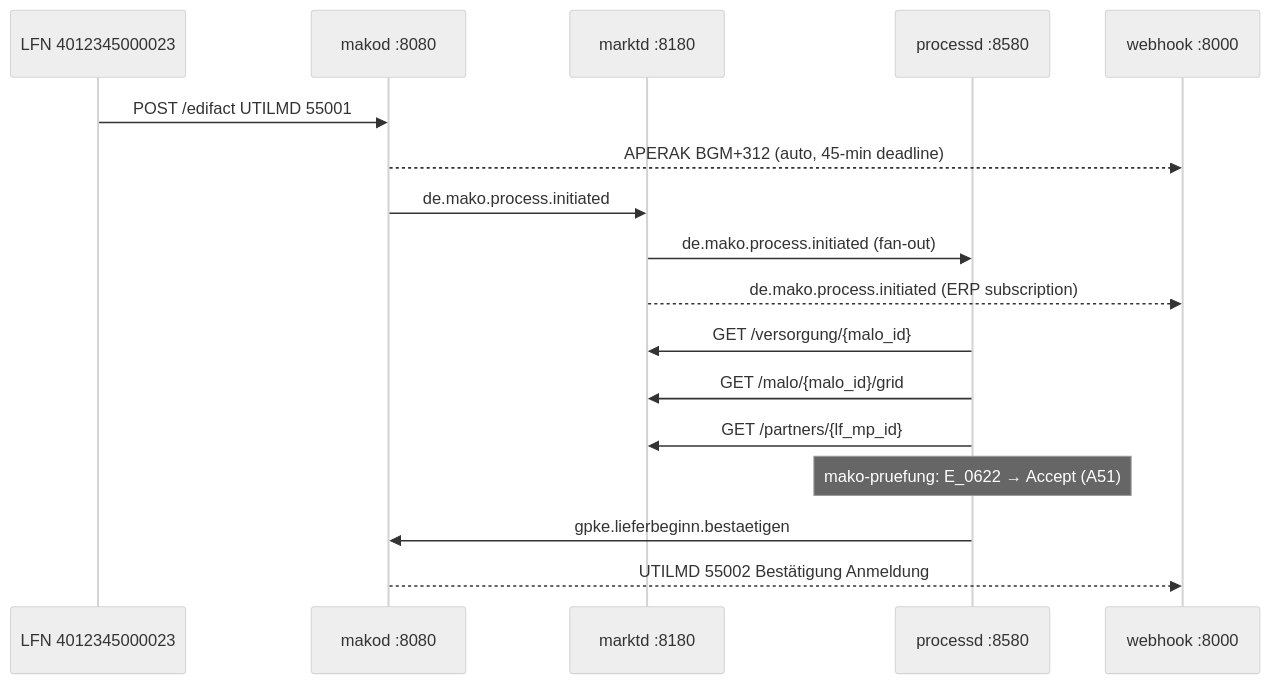
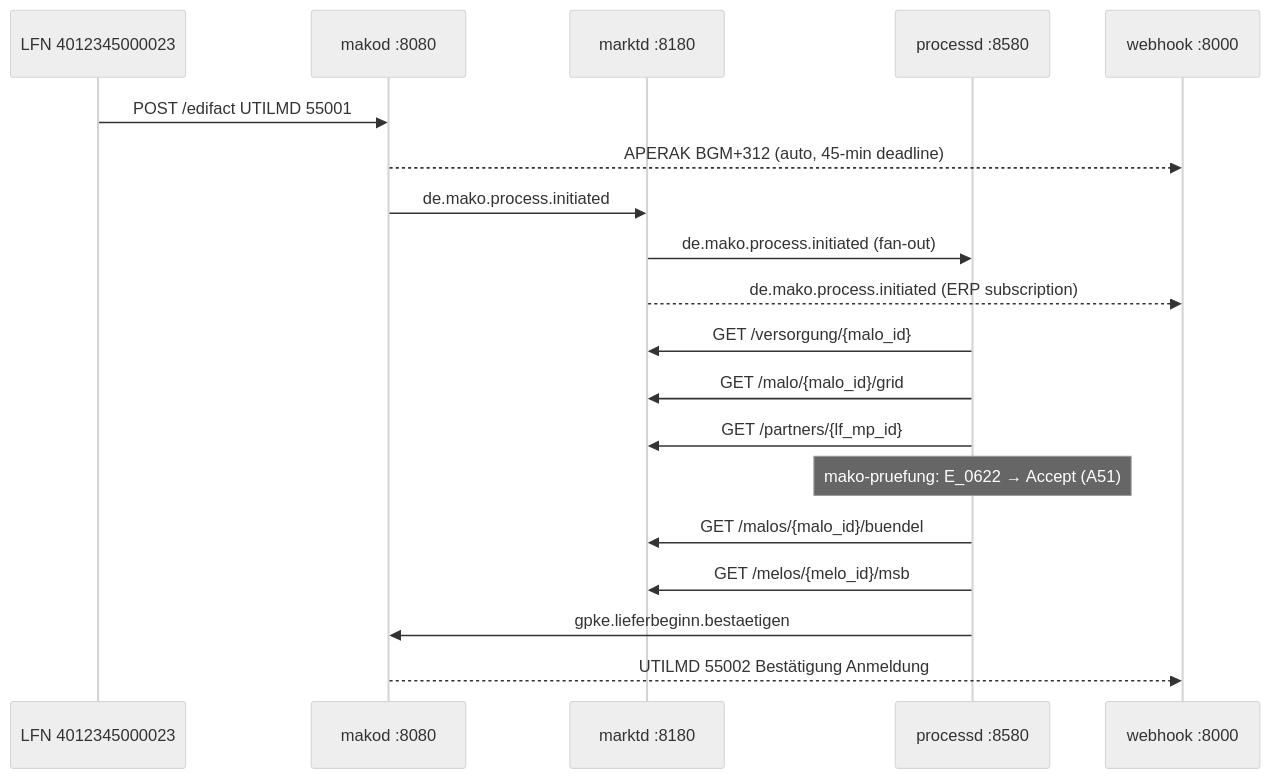
The diagram in demos/nb-stp/README.md (hupe1980/mako), drawn with Mermaid (neutral theme) before and after one commit. The commit also changed other lines of this file and 120 other files, not shown here.

````diff
--- a/demos/nb-stp/README.md
+++ b/demos/nb-stp/README.md
@@ -35,20 +36,22 @@
 ```mermaid
 sequenceDiagram
     participant LF as LFN 4012345000023
     participant makod as makod :8080
     participant marktd as marktd :8180
     participant processd as processd :8580
     participant webhook as webhook :8000
 
     LF->>makod: POST /edifact  UTILMD 55001
     makod-->>webhook: APERAK BGM+312 (auto, 45-min deadline)
     makod->>marktd: de.mako.process.initiated
     marktd->>processd: de.mako.process.initiated (fan-out)
     marktd-->>webhook: de.mako.process.initiated (ERP subscription)
     processd->>marktd: GET /versorgung/{malo_id}
     processd->>marktd: GET /malo/{malo_id}/grid
     processd->>marktd: GET /partners/{lf_mp_id}
     Note over processd: mako-pruefung: E_0622 → Accept (A51)
+    processd->>marktd: GET /malos/{malo_id}/buendel
+    processd->>marktd: GET /melos/{melo_id}/msb
     processd->>makod: gpke.lieferbeginn.bestaetigen
     makod-->>webhook: UTILMD 55002 Bestätigung Anmeldung
 ```
````
